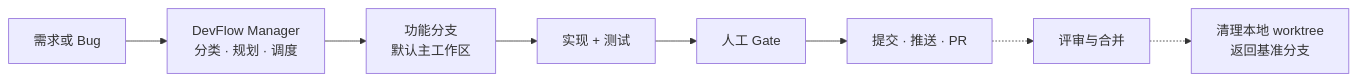
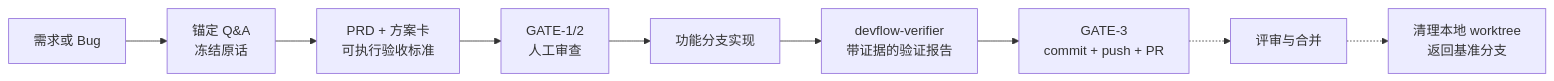
One commit to starme/devflow changed the diagram in README.zh-CN.md. Above: the diagram before and after it, drawn with Mermaid. The commit also changed other lines of this file and 35 other files, not shown here.

````diff
--- a/README.zh-CN.md
+++ b/README.zh-CN.md
@@ -11,10 +9,11 @@
 ```mermaid
 flowchart LR
-    A["需求或 Bug"] --> M["DevFlow Manager<br/>分类 · 规划 · 调度"]
-    M --> W["功能分支<br/>默认主工作区"]
-    W --> T["实现 + 测试"]
-    T --> H["人工 Gate"]
-    H --> P["提交 · 推送 · PR"]
-    P -.-> R["评审与合并"]
+    A["需求或 Bug"] --> Q["锚定 Q&A<br/>冻结原话"]
+    Q --> P["PRD + 方案卡<br/>可执行验收标准"]
+    P --> H1["GATE-1/2<br/>人工审查"]
+    H1 --> W["功能分支实现"]
+    W --> V["devflow-verifier<br/>带证据的验证报告"]
+    V --> H2["GATE-3<br/>commit + push + PR"]
+    H2 -.-> R["评审与合并"]
     R -.-> C["清理本地 worktree<br/>返回基准分支"]
 ```
````
